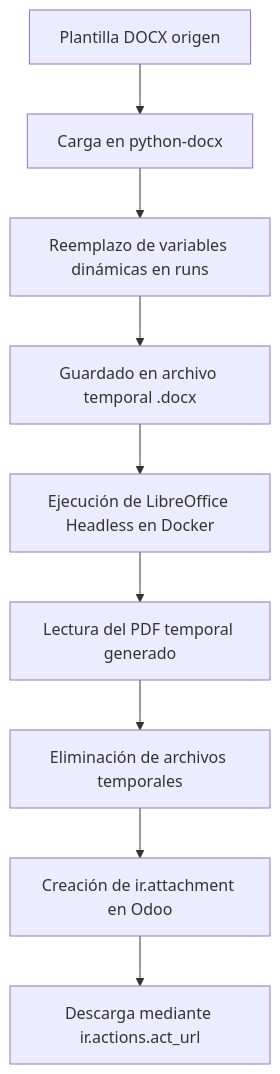
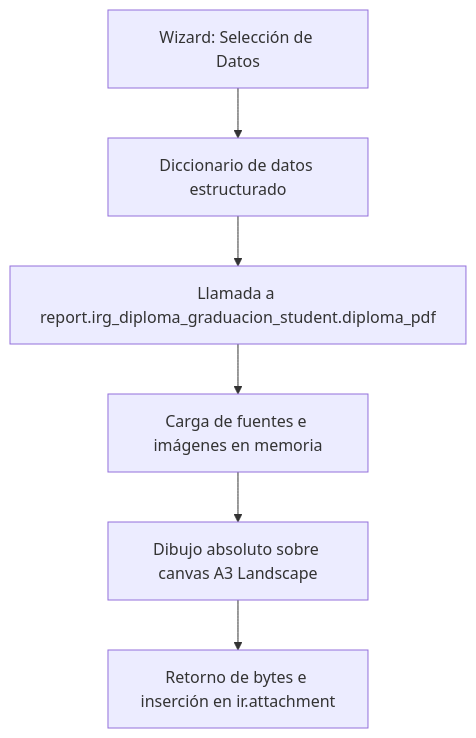
Before and after one commit to ivdevV/Odoo16iRG: the diagram in .agents/knowledge/odoo_development_modding/artifacts/irg_diploma_graduacion_student.md, drawn with Mermaid. The commit also changed other lines of this file and 16 other files, not shown here.

Commit message:
refactor: reimplement irg_diploma_graduacion_student using ReportLab in A3 landscape

````diff
--- a/.agents/knowledge/odoo_development_modding/artifacts/irg_diploma_graduacion_student.md
+++ b/.agents/knowledge/odoo_development_modding/artifacts/irg_diploma_graduacion_student.md
@@ -65,11 +11,8 @@
 ```mermaid
 graph TD
-    A[Plantilla DOCX origen] --> B[Carga en python-docx]
-    B --> C[Reemplazo de variables dinámicas en runs]
-    C --> D[Guardado en archivo temporal .docx]
-    D --> E[Ejecución de LibreOffice Headless en Docker]
-    E --> F[Lectura del PDF temporal generado]
-    F --> G[Eliminación de archivos temporales]
-    G --> H[Creación de ir.attachment en Odoo]
-    H --> I[Descarga mediante ir.actions.act_url]
+    A[Wizard: Selección de Datos] --> B[Diccionario de datos estructurado]
+    B --> C[Llamada a report.irg_diploma_graduacion_student.diploma_pdf]
+    C --> D[Carga de fuentes e imágenes en memoria]
+    D --> E[Dibujo absoluto sobre canvas A3 Landscape]
+    E --> F[Retorno de bytes e inserción en ir.attachment]
 ```
````
